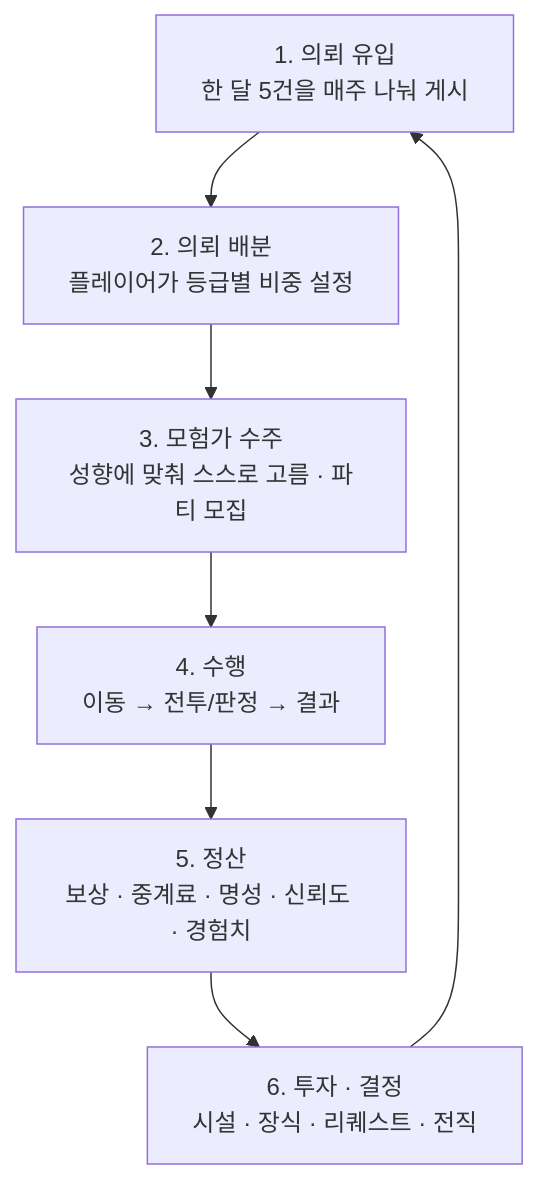
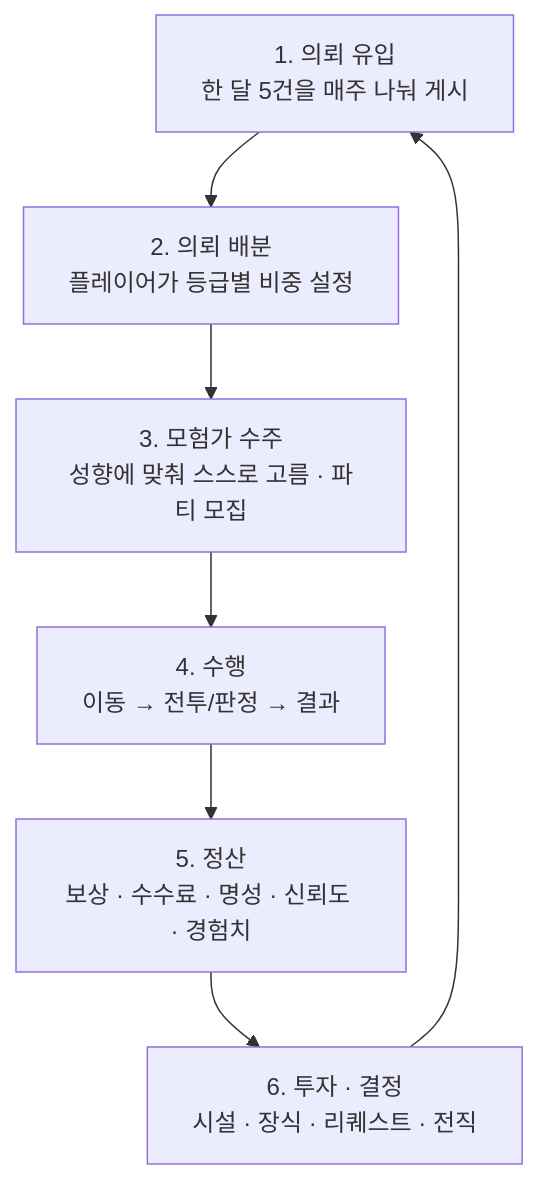
One commit to applesoda01/Project_F changed the diagram in docs/book-v2/src/ch02/loop.md. Above: the diagram before and after it, drawn with Mermaid. The commit also changed other lines of this file and 115 other files, not shown here.

````diff
--- a/docs/book-v2/src/ch02/loop.md
+++ b/docs/book-v2/src/ch02/loop.md
@@ -5,9 +5,9 @@
 ```mermaid
 flowchart TB
   A[1. 의뢰 유입<br/>한 달 5건을 매주 나눠 게시] --> B[2. 의뢰 배분<br/>플레이어가 등급별 비중 설정]
   B --> C[3. 모험가 수주<br/>성향에 맞춰 스스로 고름 · 파티 모집]
   C --> D[4. 수행<br/>이동 → 전투/판정 → 결과]
-  D --> E[5. 정산<br/>보상 · 중계료 · 명성 · 신뢰도 · 경험치]
+  D --> E[5. 정산<br/>보상 · 수수료 · 명성 · 신뢰도 · 경험치]
   E --> F[6. 투자 · 결정<br/>시설 · 장식 · 리퀘스트 · 전직]
   F --> A
 ```
````
